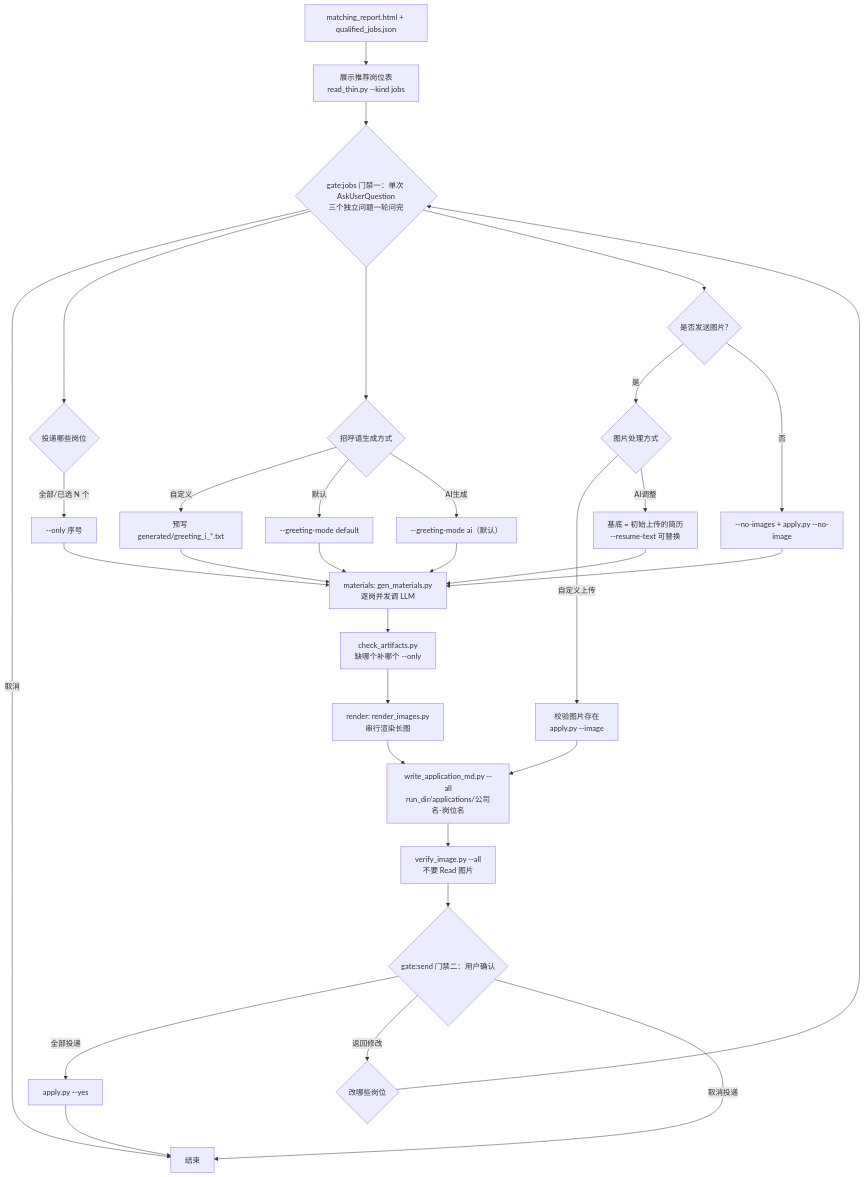
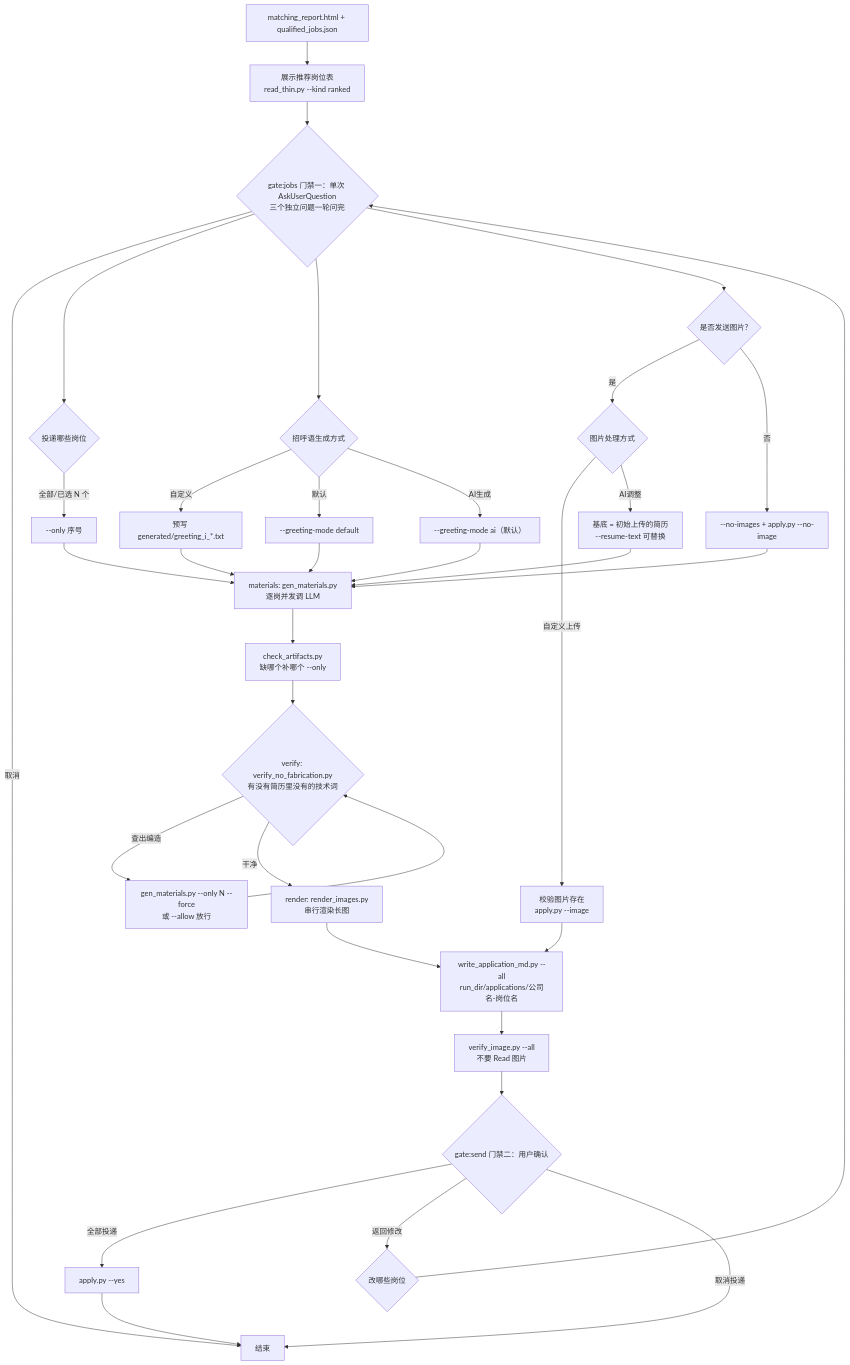
Before and after one commit to zhansan379/boss-crawler-skill: the diagram in references/auto-apply.md, drawn with Mermaid. The commit also changed other lines of this file and 20 other files, not shown here.

````diff
--- a/references/auto-apply.md
+++ b/references/auto-apply.md
@@ -21,35 +21,38 @@
 ```mermaid
 flowchart TD
-    Start[matching_report.html + qualified_jobs.json] --> J1[展示推荐岗位表<br>read_thin.py --kind jobs]
+    Start[matching_report.html + qualified_jobs.json] --> J1[展示推荐岗位表<br>read_thin.py --kind ranked]
     J1 --> Q{gate:jobs 门禁一：单次 AskUserQuestion<br>三个独立问题一轮问完}
     Q --> |取消| End[结束]
 
     Q --> Q0{投递哪些岗位}
     Q0 --> |全部/已选 N 个| Scope[--only 序号]
 
     Q --> Q1{招呼语生成方式}
     Q1 --> |自定义| Opt1[预写 generated/greeting_i_*.txt]
     Q1 --> |默认| Opt2[--greeting-mode default]
     Q1 --> |AI生成| Opt3[--greeting-mode ai（默认）]
 
     Q --> Q2{是否发送图片?}
     Q2 --> |是| Q3{图片处理方式}
     Q3 --> |自定义上传| Upload[校验图片存在<br>apply.py --image]
     Q3 --> |AI调整| AIAdjust[基底 = 初始上传的简历<br>--resume-text 可替换]
     Q2 --> |否| NoPic[--no-images + apply.py --no-image]
 
     Scope & Opt1 & Opt2 & Opt3 & AIAdjust --> Mat[materials: gen_materials.py<br>逐岗并发调 LLM]
     NoPic --> Mat
     Mat --> Check[check_artifacts.py<br>缺哪个补哪个 --only]
-    Check --> Render[render: render_images.py<br>串行渲染长图]
+    Check --> NoFab{verify: verify_no_fabrication.py<br>有没有简历里没有的技术词}
+    NoFab --> |查出编造| Regen[gen_materials.py --only N --force<br>或 --allow 放行]
+    Regen --> NoFab
+    NoFab --> |干净| Render[render: render_images.py<br>串行渲染长图]
     Upload --> Write
     Render --> Write[write_application_md.py --all<br>run_dir/applications/公司名-岗位名]
     Write --> Verify[verify_image.py --all<br>不要 Read 图片]
     Verify --> Confirm{gate:send 门禁二：用户确认}
 
     Confirm --> |全部投递| AutoApply[apply.py --yes]
     AutoApply --> End
     Confirm --> |返回修改| Which{改哪些岗位}
     Which --> Q
     Confirm --> |取消投递| End
 ```
````
